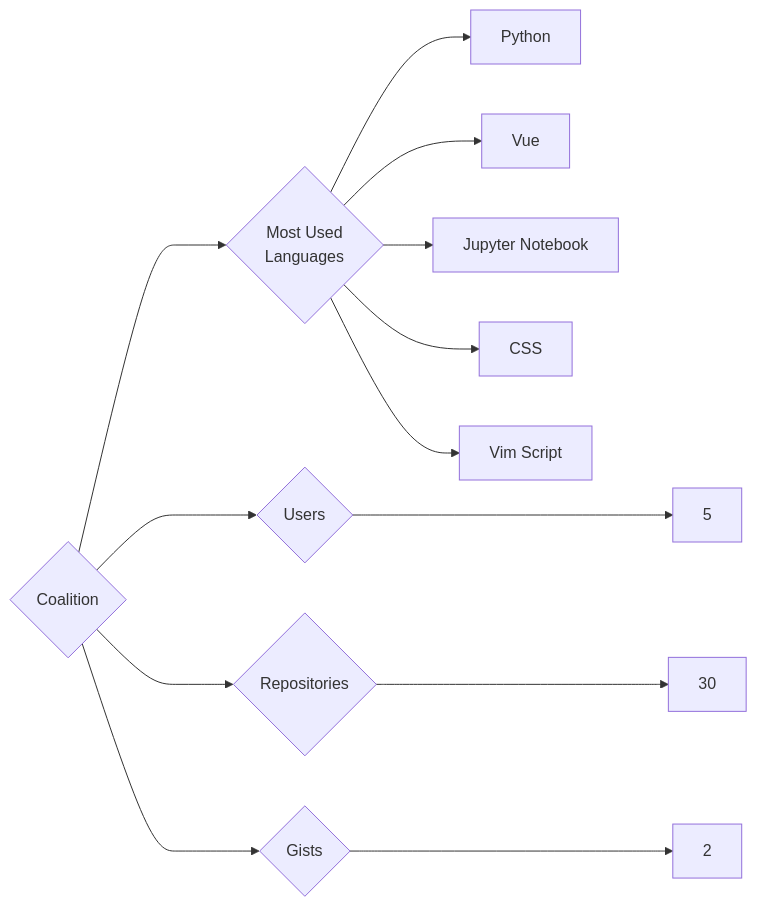
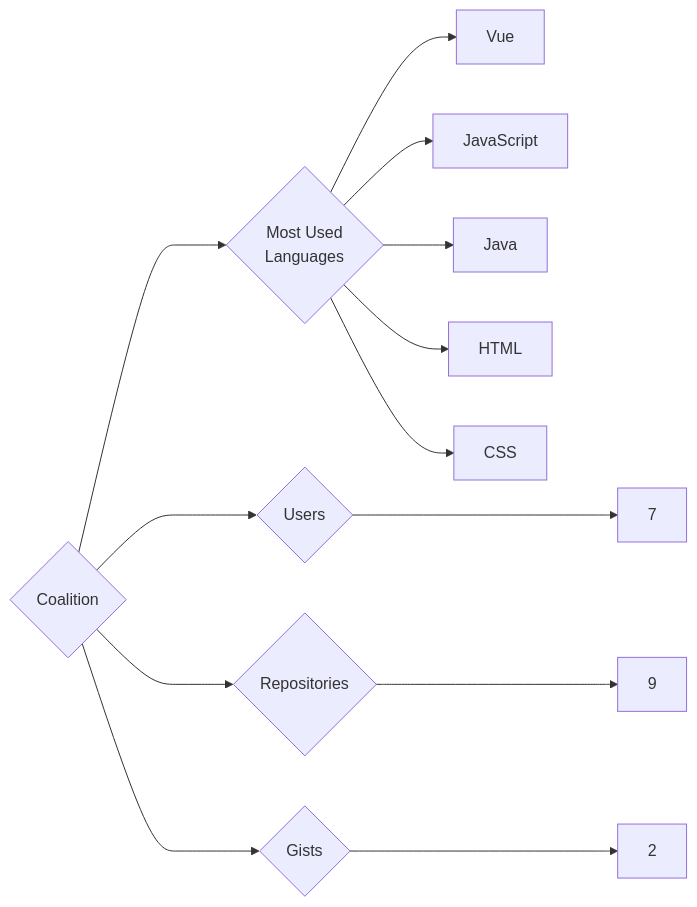
The diagram in targets/Coalition/README.md (trickest/insiders), drawn with Mermaid before and after one commit. The commit also changed 840 other files, not shown here.

````diff
--- a/targets/Coalition/README.md
+++ b/targets/Coalition/README.md
@@ -3,13 +3,13 @@
 ```mermaid
 graph LR
 COMPANY_NAME{Coalition}
-COMPANY_NAME ---> U{Users} ---> UN[5]
-COMPANY_NAME ---> R{Repositories} ---> RN[30]
+COMPANY_NAME ---> U{Users} ---> UN[7]
+COMPANY_NAME ---> R{Repositories} ---> RN[9]
 COMPANY_NAME ---> G{Gists} ---> GN[2]
 COMPANY_NAME ---> ML{Most Used<br>Languages}
-ML --> Python[Python]
 ML --> Vue[Vue]
-ML --> Jupyter_Notebook[Jupyter Notebook]
+ML --> JavaScript[JavaScript]
+ML --> Java[Java]
+ML --> HTML[HTML]
 ML --> CSS[CSS]
-ML --> Vim_Script[Vim Script]
 ```
````
